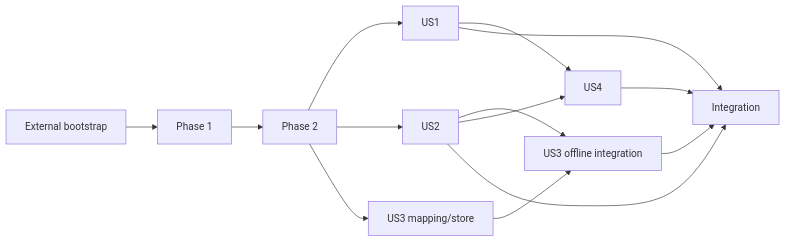
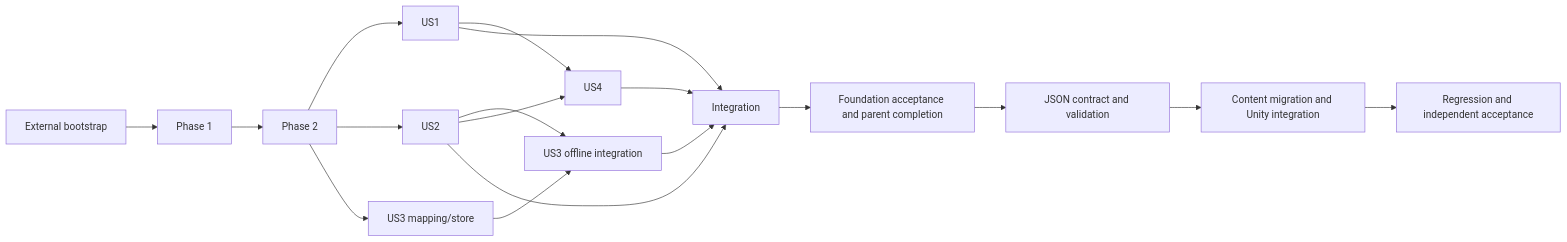
Before and after one commit to fjure/idle-factory-game: the diagram in specs/001-core-game-foundation/tasks.md, drawn with Mermaid. The commit also changed other lines of this file and 5 other files, not shown here.

Commit message:
tasks: stage post-foundation JSON content migration

````diff
--- a/specs/001-core-game-foundation/tasks.md
+++ b/specs/001-core-game-foundation/tasks.md
@@ -234,16 +270,20 @@
 ```mermaid
 flowchart LR
     Bootstrap[External bootstrap] --> Setup[Phase 1]
     Setup --> Foundation[Phase 2]
     Foundation --> US1
     Foundation --> US2
     Foundation --> US3a[US3 mapping/store]
     US2 --> US3b[US3 offline integration]
     US3a --> US3b
     US1 --> US4
     US2 --> US4
     US1 --> Integration
     US2 --> Integration
     US3b --> Integration
     US4 --> Integration
+    Integration --> FoundationAcceptance[Foundation acceptance and parent completion]
+    FoundationAcceptance --> JsonContract[JSON contract and validation]
+    JsonContract --> JsonMigration[Content migration and Unity integration]
+    JsonMigration --> JsonAcceptance[Regression and independent acceptance]
 ```
````
